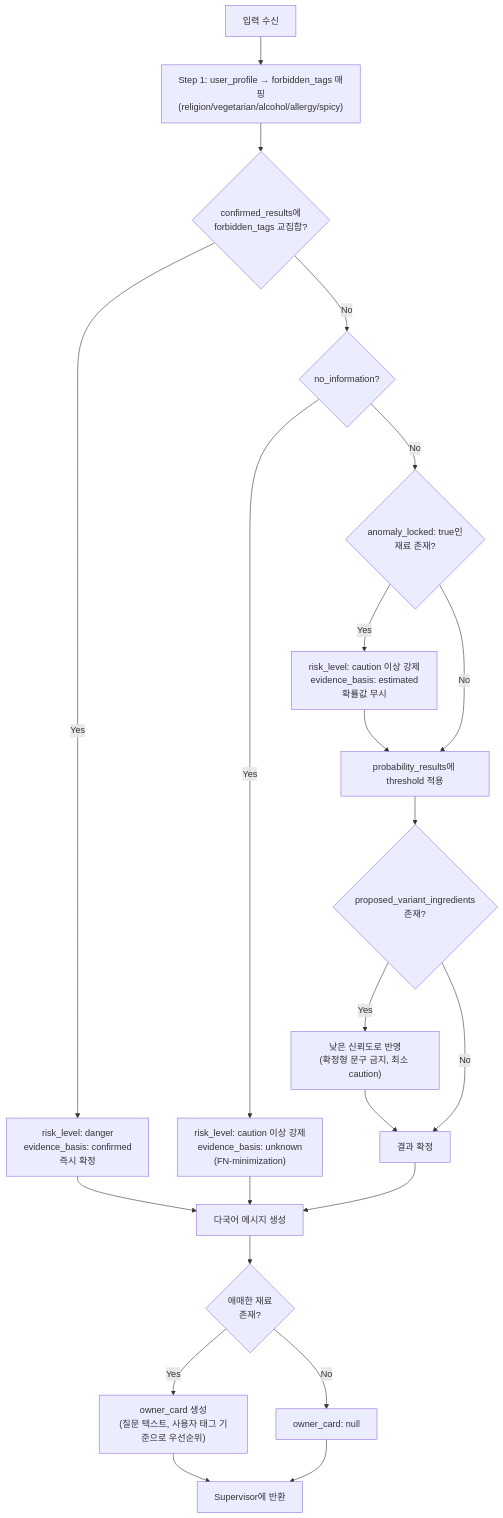
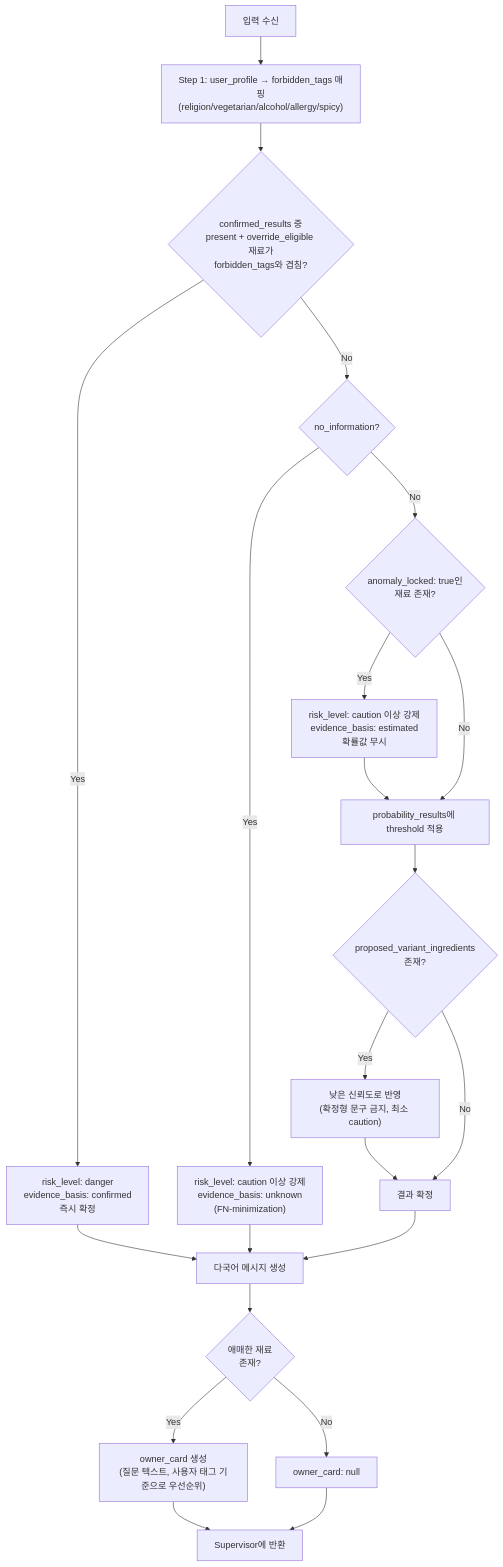
One commit to Han-Spoon/ai changed the diagram in docs/agent-8-xai.md. Above: the diagram before and after it, drawn with Mermaid. The commit also changed other lines of this file, not shown here.

Commit message:
docs(result): use 3-state status for confirmed results

````diff
--- a/docs/agent-8-xai.md
+++ b/docs/agent-8-xai.md
@@ -70,24 +100,24 @@
 ```mermaid
 flowchart TD
     IN["입력 수신"] --> P1["Step 1: user_profile → forbidden_tags 매핑\n(religion/vegetarian/alcohol/allergy/spicy)"]
-    P1 --> P2{confirmed_results에\nforbidden_tags 교집합?}
+    P1 --> P2{"confirmed_results 중\npresent + override_eligible 재료가\nforbidden_tags와 겹침?"}
     P2 -->|Yes| DANGER["risk_level: danger\nevidence_basis: confirmed\n즉시 확정"]
     P2 -->|No| P3{no_information?}
     P3 -->|Yes| CAUTION1["risk_level: caution 이상 강제\nevidence_basis: unknown\n(FN-minimization)"]
     P3 -->|No| P3B{"anomaly_locked: true인\n재료 존재?"}
     P3B -->|Yes| CAUTION2["risk_level: caution 이상 강제\nevidence_basis: estimated\n확률값 무시"]
     P3B -->|No| P4["probability_results에 threshold 적용"]
     CAUTION2 --> P4
     P4 --> P5{proposed_variant_ingredients\n존재?}
     P5 -->|Yes| P6["낮은 신뢰도로 반영\n(확정형 문구 금지, 최소 caution)"]
     P5 -->|No| P7[결과 확정]
     P6 --> P7
     P7 --> MSG["다국어 메시지 생성"]
     DANGER --> MSG
     CAUTION1 --> MSG
     MSG --> OC{애매한 재료\n존재?}
     OC -->|Yes| CARD["owner_card 생성\n(질문 텍스트, 사용자 태그 기준으로 우선순위)"]
     OC -->|No| DONE["owner_card: null"]
     CARD --> OUT[Supervisor에 반환]
     DONE --> OUT
 ```
````
